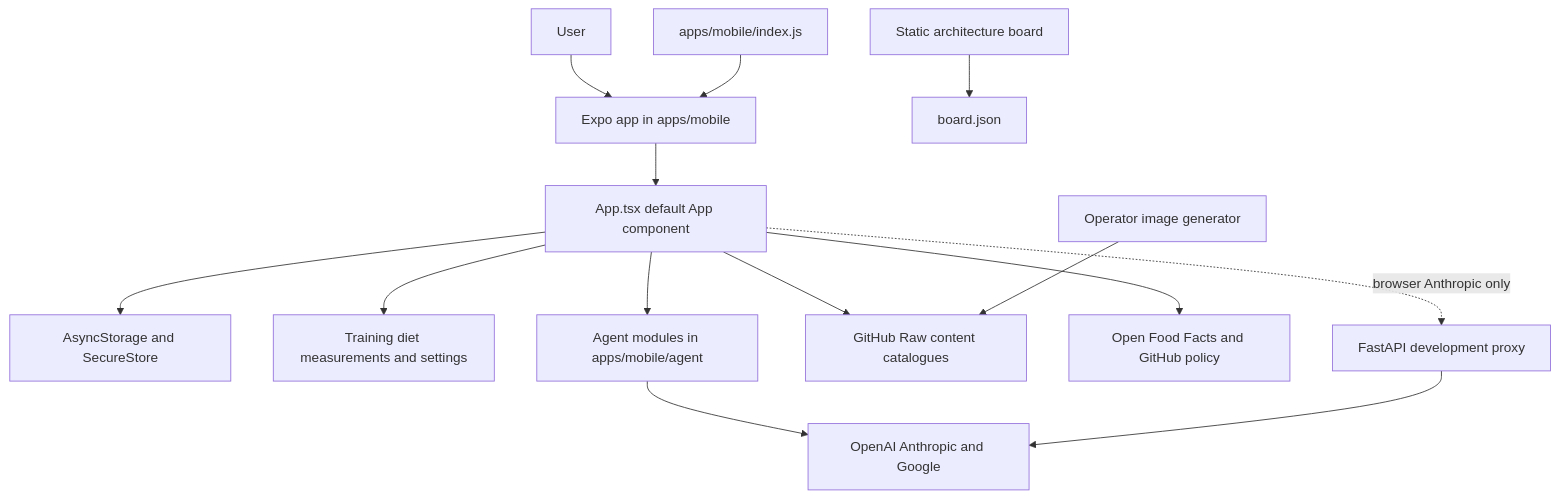
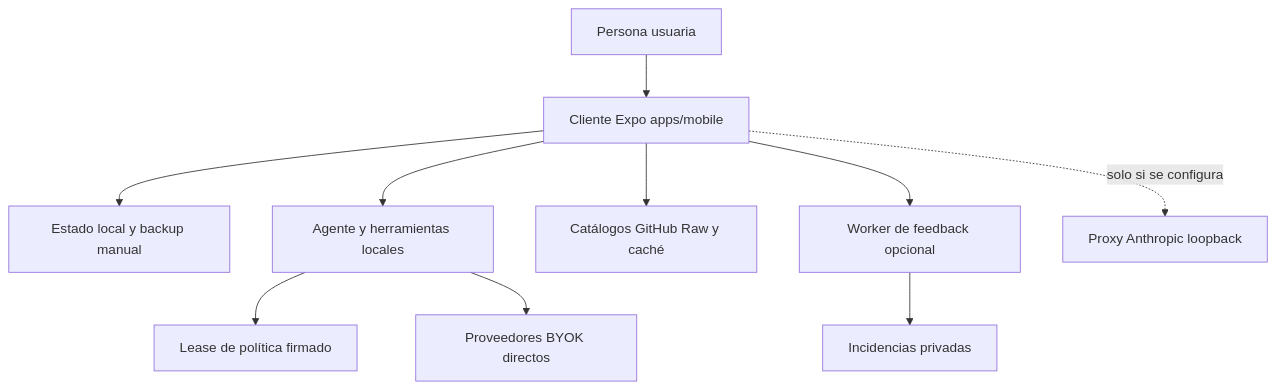
The diagram in openwiki/quickstart.md (maximofn/gymnasia), drawn with Mermaid before and after one commit. The commit also changed other lines of this file and 27 other files, not shown here.

````diff
--- a/openwiki/quickstart.md
+++ b/openwiki/quickstart.md
@@ -63,16 +74,12 @@
 ```mermaid
 flowchart TD
-    User["User"] --> Expo["Expo app in apps/mobile"]
-    Entry["apps/mobile/index.js"] --> Expo
-    Expo --> App["App.tsx default App component"]
-    App --> Local["AsyncStorage and SecureStore"]
-    App --> Domains["Training diet measurements and settings"]
-    App --> Agent["Agent modules in apps/mobile/agent"]
-    App --> Catalogues["GitHub Raw content catalogues"]
-    Agent --> Providers["OpenAI Anthropic and Google"]
-    App --> External["Open Food Facts and GitHub policy"]
-    App -. "browser Anthropic only" .-> Proxy["FastAPI development proxy"]
-    Proxy --> Providers
-    Board["Static architecture board"] --> BoardData["board.json"]
-    Generator["Operator image generator"] --> Catalogues
+    User["Persona usuaria"] --> Client["Cliente Expo apps/mobile"]
+    Client --> Local["Estado local y backup manual"]
+    Client --> Agent["Agente y herramientas locales"]
+    Client --> Catalogs["Catálogos GitHub Raw y caché"]
+    Agent --> Policy["Lease de política firmado"]
+    Agent --> Providers["Proveedores BYOK directos"]
+    Client --> Feedback["Worker de feedback opcional"]
+    Feedback --> GitHub["Incidencias privadas"]
+    Client -. "solo si se configura" .-> Proxy["Proxy Anthropic loopback"]
 ```
````
